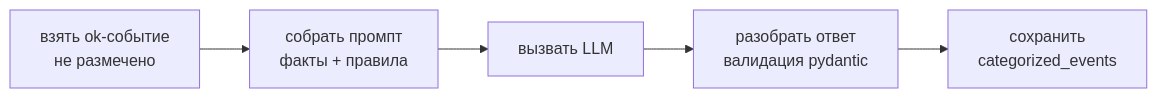
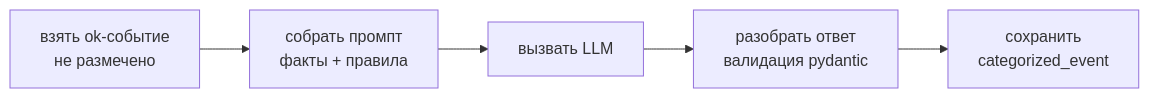
One commit to aslan-py/kodik changed the third of 7 diagrams in ABOUT_PROJECT/ABOUT.md. Above: the diagram before and after it, drawn with Mermaid. The commit also changed other lines of this file and 27 other files, not shown here.

````diff
--- a/ABOUT_PROJECT/ABOUT.md
+++ b/ABOUT_PROJECT/ABOUT.md
@@ -292,4 +292,4 @@
 ```mermaid
 flowchart LR
-  A[взять ok-событие<br/>не размечено] --> B[собрать промпт<br/>факты + правила] --> C[вызвать LLM] --> D[разобрать ответ<br/>валидация pydantic] --> E[сохранить<br/>categorized_events]
+  A[взять ok-событие<br/>не размечено] --> B[собрать промпт<br/>факты + правила] --> C[вызвать LLM] --> D[разобрать ответ<br/>валидация pydantic] --> E[сохранить<br/>categorized_event]
 ```
````
